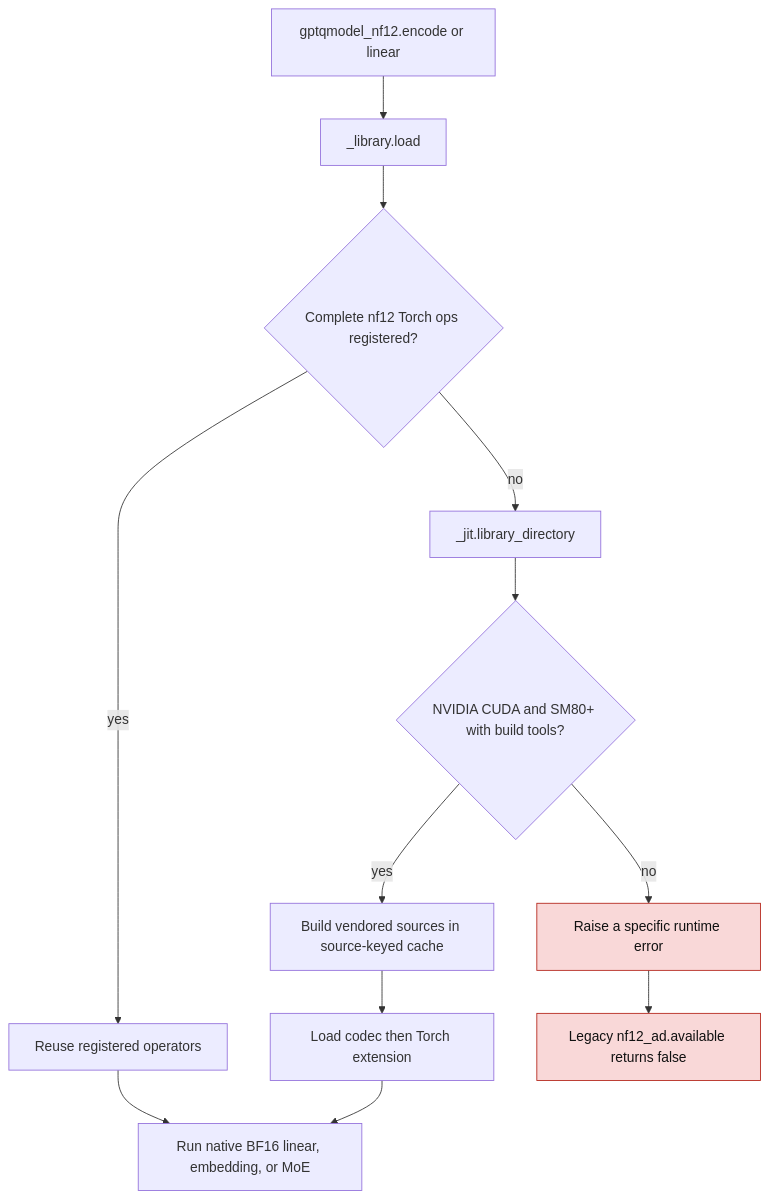
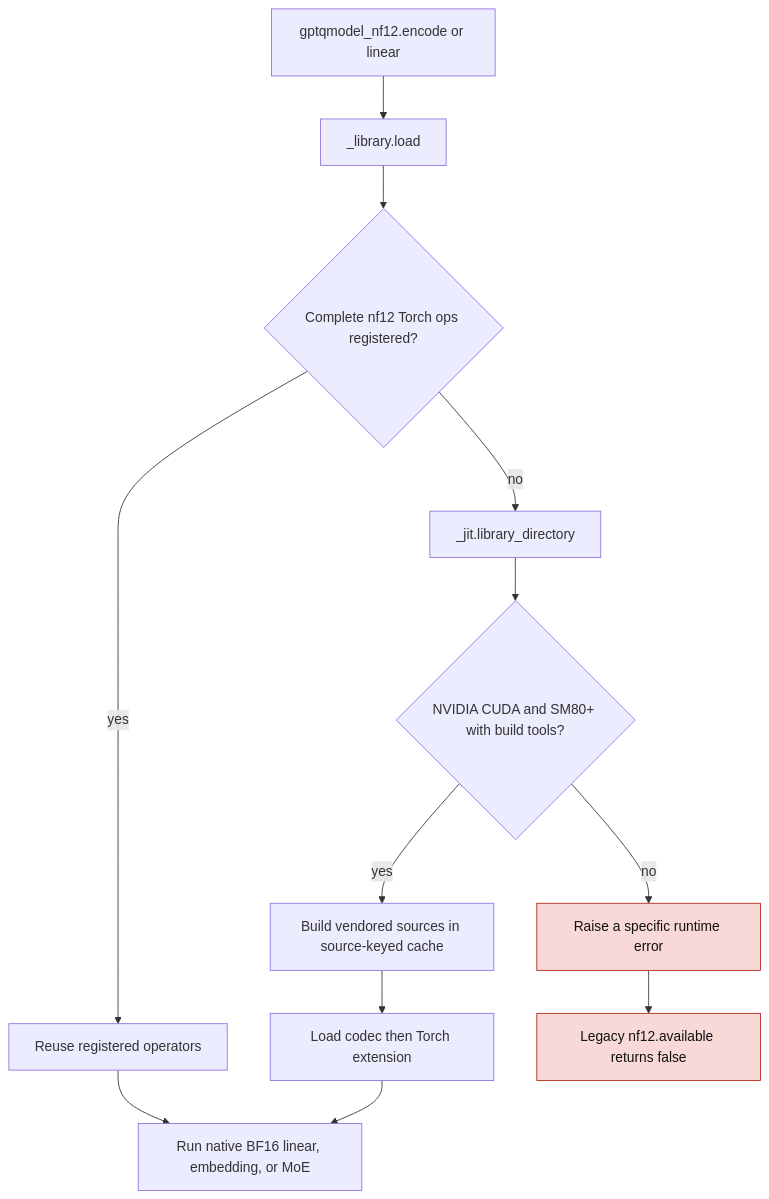
One commit to ModelCloud/GPTQModel changed the first of 2 diagrams in docs/nf12-installed-extension.md. Above: the diagram before and after it, drawn with Mermaid. The commit also changed other lines of this file and 115 other files, not shown here.

````diff
--- a/docs/nf12-installed-extension.md
+++ b/docs/nf12-installed-extension.md
@@ -11,16 +11,16 @@
 ```mermaid
 flowchart TD
     A["gptqmodel_nf12.encode or linear"] --> B["_library.load"]
     B --> C{"Complete nf12 Torch ops registered?"}
     C -- yes --> D["Reuse registered operators"]
     C -- no --> E["_jit.library_directory"]
     E --> F{"NVIDIA CUDA and SM80+ with build tools?"}
     F -- yes --> G["Build vendored sources in source-keyed cache"]
     G --> H["Load codec then Torch extension"]
     H --> I["Run native BF16 linear, embedding, or MoE"]
     D --> I
     F -- no --> J["Raise a specific runtime error"]
-    J --> K["Legacy nf12_ad.available returns false"]
+    J --> K["Legacy nf12.available returns false"]
     classDef failure fill:#f9d8d8,stroke:#b42318,color:#111;
     class J,K failure;
 ```
````
